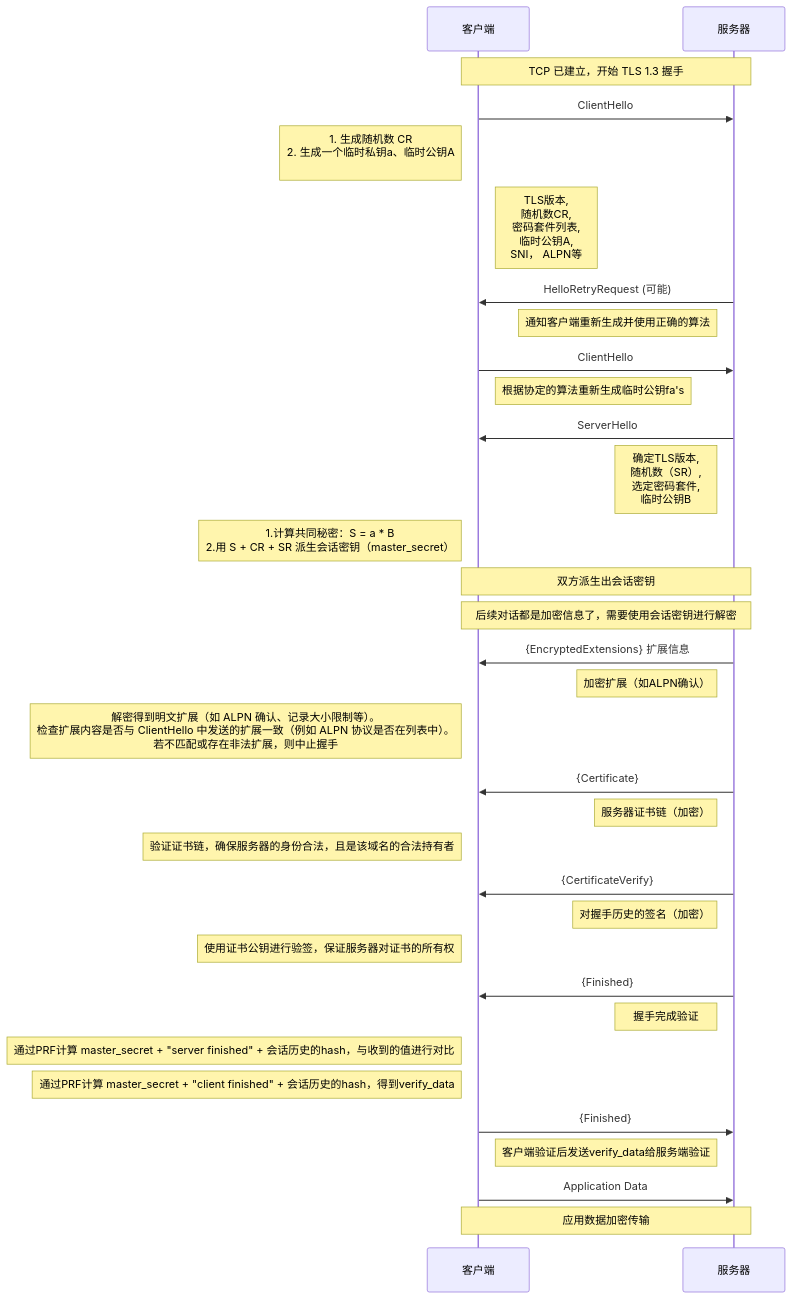
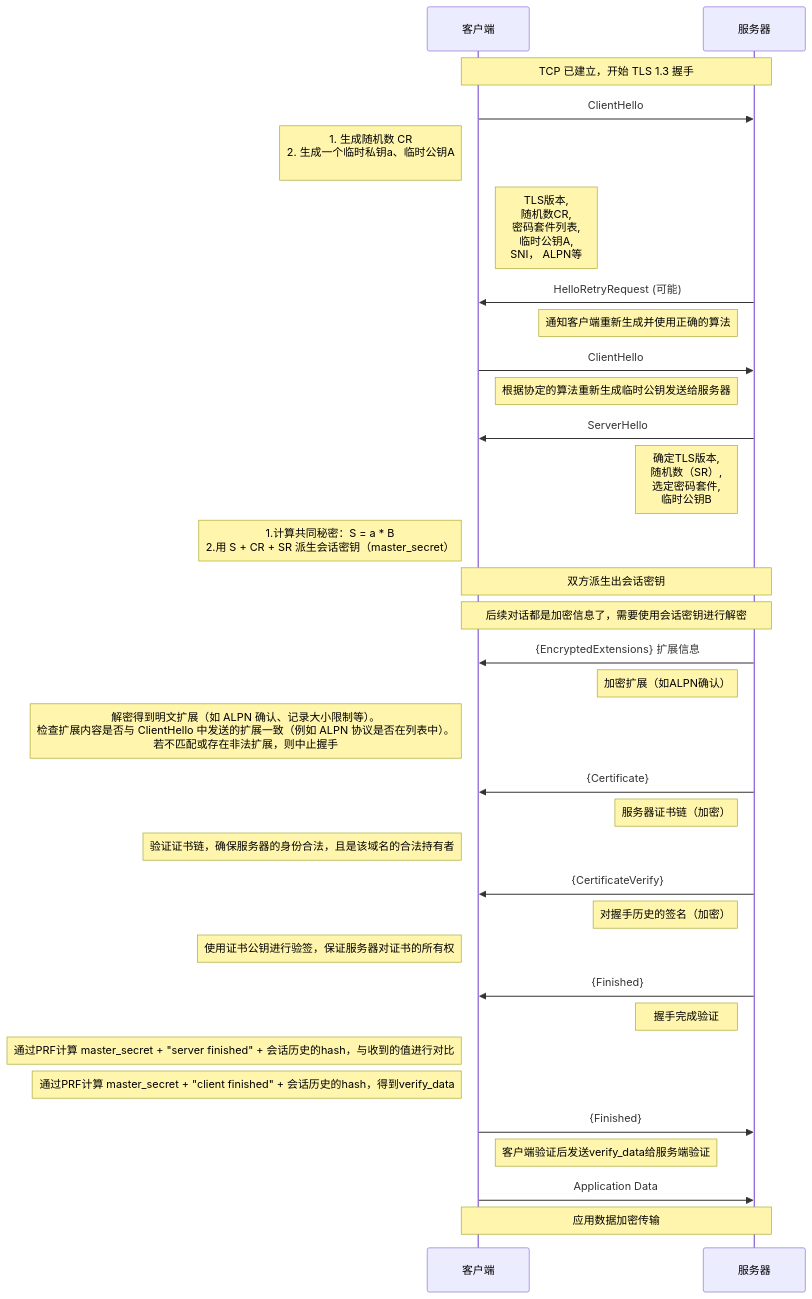
Before and after one commit to HY-10-8/iodraw-files: the diagram in all/TLS-1.3-通用（全）.md, drawn with Mermaid.

Commit message:
2026-03-31 10:08:48 update

````diff
--- a/all/TLS-1.3-通用（全）.md
+++ b/all/TLS-1.3-通用（全）.md
@@ -1,47 +1,47 @@
 ```mermaid
 sequenceDiagram
     participant C as 客户端
     participant S as 服务器
 
     Note over C,S: TCP 已建立，开始 TLS 1.3 握手
 
     C->>S: ClientHello
     Note left of C: 1. 生成随机数 CR<br/> 2. 生成一个临时私钥a、临时公钥A<br/>
     Note right of C: TLS版本,<br/> 随机数CR,<br/> 密码套件列表,<br/> 临时公钥A,<br/> SNI， ALPN等
 
     S->>C: HelloRetryRequest (可能)
     Note left of S: 通知客户端重新生成并使用正确的算法
 
     C->>S: ClientHello
-    Note right of C: 根据协定的算法重新生成临时公钥fa's
+    Note right of C: 根据协定的算法重新生成临时公钥发送给服务器
 
     S->>C: ServerHello
     Note left of S: 确定TLS版本, <br/>随机数（SR）,<br/> 选定密码套件, <br/>临时公钥B
     Note left of C: 1.计算共同秘密：S = a * B<br/> 2.用 S + CR + SR 派生会话密钥（master_secret）
 
     Note over C,S: 双方派生出会话密钥
     Note over C,S: 后续对话都是加密信息了，需要使用会话密钥进行解密
 
     S->>C: {EncryptedExtensions} 扩展信息
     Note left of S: 加密扩展（如ALPN确认）
     Note left of C: 解密得到明文扩展（如 ALPN 确认、记录大小限制等）。<br/>检查扩展内容是否与 ClientHello 中发送的扩展一致（例如 ALPN 协议是否在列表中）。<br/> 若不匹配或存在非法扩展，则中止握手
 
     S->>C: {Certificate}
     Note left of S: 服务器证书链（加密）
     Note left of C: 验证证书链，确保服务器的身份合法，且是该域名的合法持有者
 
     S->>C: {CertificateVerify}
     Note left of S: 对握手历史的签名（加密）
     Note left of C: 使用证书公钥进行验签，保证服务器对证书的所有权
 
     S->>C: {Finished}
     Note left of S: 握手完成验证
     Note left of C: 通过PRF计算 master_secret + "server finished" + 会话历史的hash，与收到的值进行对比
     Note left of C: 通过PRF计算 master_secret + "client finished" + 会话历史的hash，得到verify_data
 
     C->>S: {Finished}
     Note right of C: 客户端验证后发送verify_data给服务端验证
 
     C->>S: Application Data
     Note over C,S: 应用数据加密传输
 ```
````
